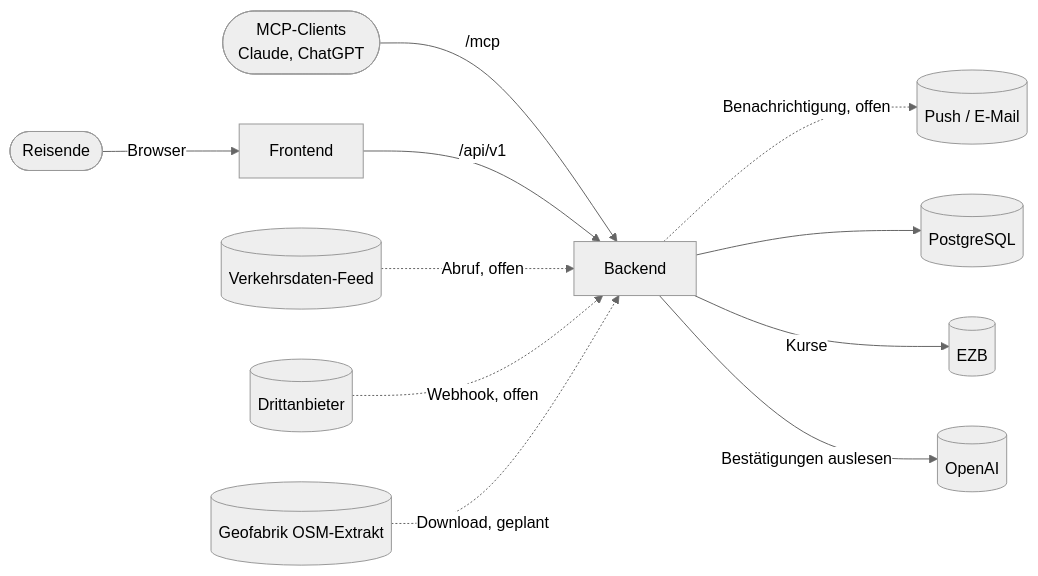
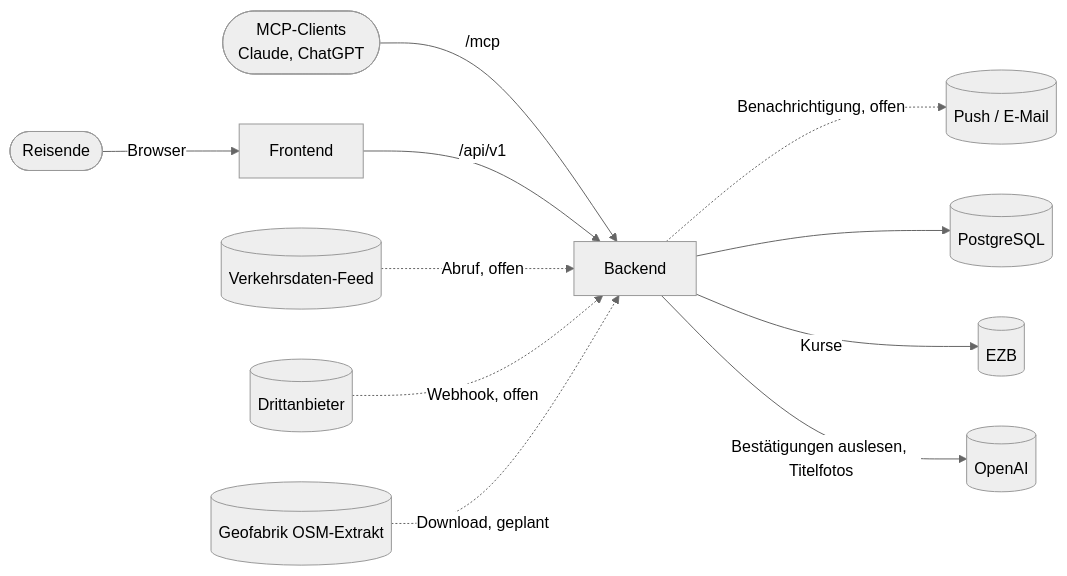
The first of 2 diagrams in Docs/architecture.md (kehrbros/nofrustrationvacation), drawn with Mermaid (neutral theme) before and after one commit. The commit also changed other lines of this file and 12 other files, not shown here.

````diff
--- a/Docs/architecture.md
+++ b/Docs/architecture.md
@@ -9,13 +9,13 @@
 ```mermaid
 flowchart LR
     user([Reisende]) -->|Browser| fe[Frontend]
     mcp([MCP-Clients<br>Claude, ChatGPT]) -->|/mcp| be
     fe -->|/api/v1| be[Backend]
     feed[(Verkehrsdaten-Feed)] -.->|Abruf, offen| be
     hook[(Drittanbieter)] -.->|Webhook, offen| be
     osm[(Geofabrik OSM-Extrakt)] -.->|Download, geplant| be
     be -.->|Benachrichtigung, offen| notify[(Push / E-Mail)]
     be --> db[(PostgreSQL)]
     be -->|Kurse| ecb[(EZB)]
-    be -->|Bestätigungen auslesen| openai[(OpenAI)]
+    be -->|Bestätigungen auslesen, Titelfotos| openai[(OpenAI)]
 ```
````
